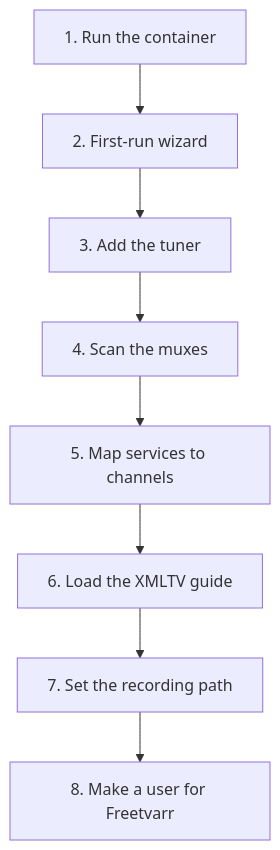
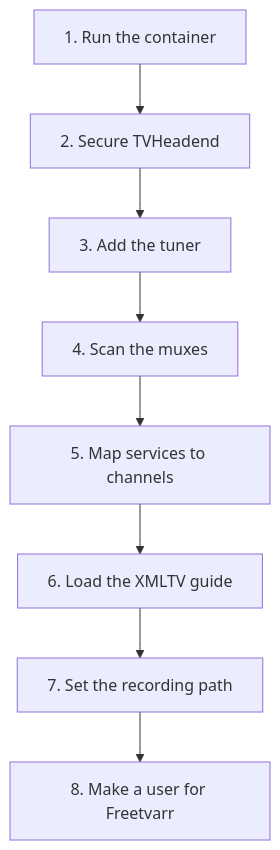
Before and after one commit to furey/freetvarr: the diagram in docs/guide/tvheadend.md, drawn with Mermaid. The commit also changed other lines of this file and 13 other files, not shown here.

Commit message:
Made the setup wizard secure a fresh TVHeadend by creating the admin and Freetvarr logins, verifying both, then removing the open access entry, with undo, a Doctor warning for open access, and an integration test against a disposable TVHeadend container.

````diff
--- a/docs/guide/tvheadend.md
+++ b/docs/guide/tvheadend.md
@@ -17,10 +17,10 @@
 ```mermaid
 flowchart TD
-  a["1. Run the container"] --> b["2. First-run wizard"]
+  a["1. Run the container"] --> b["2. Secure TVHeadend"]
   b --> c["3. Add the tuner"]
   c --> d["4. Scan the muxes"]
   d --> e["5. Map services to channels"]
   e --> f["6. Load the XMLTV guide"]
   f --> g["7. Set the recording path"]
   g --> h["8. Make a user for Freetvarr"]
 ```
````
